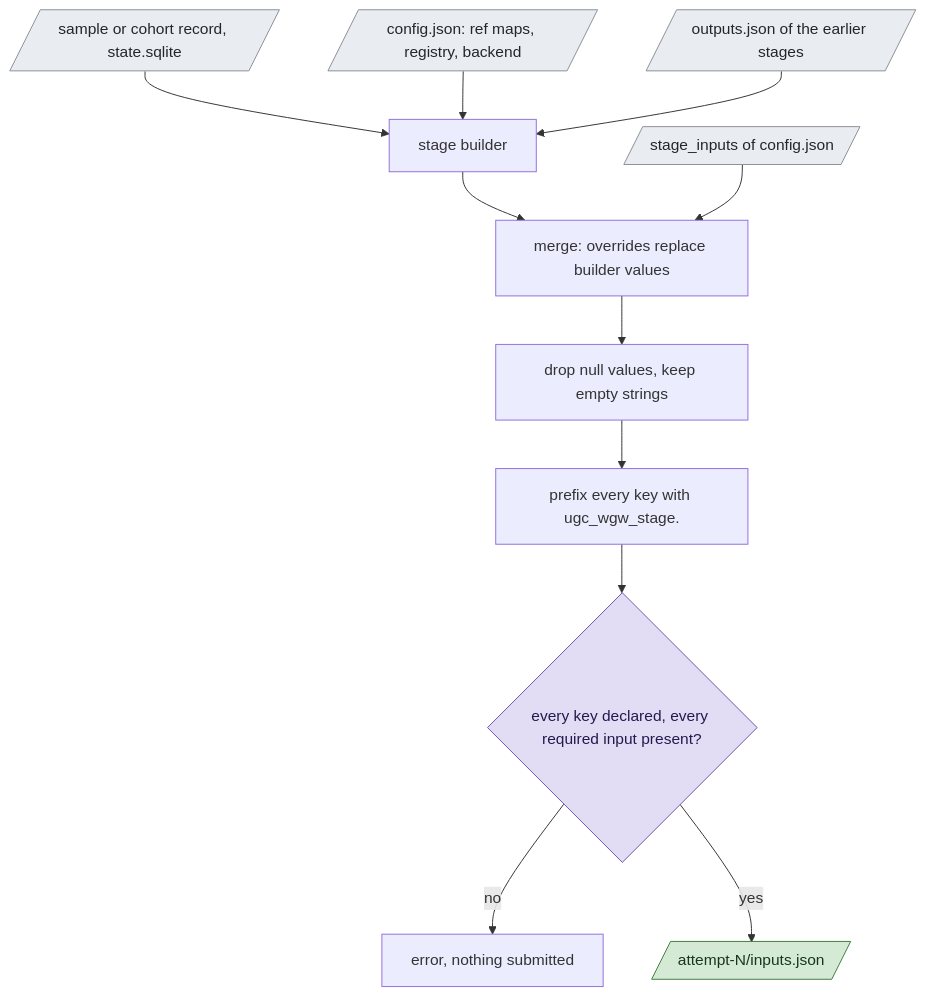
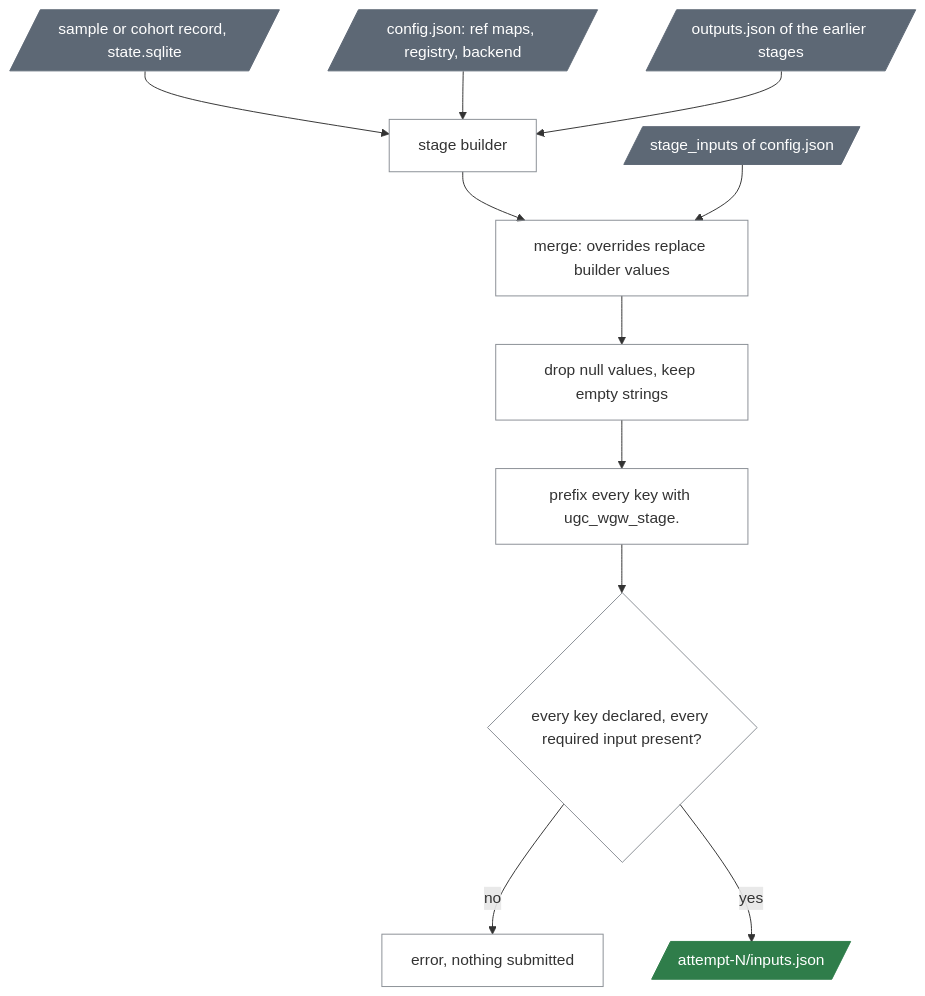
Before and after one commit to UppsalaGenomeCenter/ugc-wgw: the first of 2 diagrams in docs/guide/05-project-setup.md, drawn with Mermaid. The commit also changed other lines of this file and 51 other files, not shown here.

````diff
--- a/docs/guide/05-project-setup.md
+++ b/docs/guide/05-project-setup.md
@@ -198,16 +198,17 @@
 ```mermaid
 flowchart TD
   sample[/"sample or cohort record, state.sqlite"/]:::data --> b["stage builder"]
   cfg[/"config.json: ref maps, registry, backend"/]:::data --> b
   prior[/"outputs.json of the earlier stages"/]:::data --> b
   b --> merge["merge: overrides replace builder values"]
   ov[/"stage_inputs of config.json"/]:::data --> merge
   merge --> drop["drop null values, keep empty strings"]
   drop --> ns["prefix every key with ugc_wgw_stage."]
   ns --> chk{"every key declared, every required input present?"}:::decision
   chk -->|"no"| err["error, nothing submitted"]
   chk -->|"yes"| file[/"attempt-N/inputs.json"/]:::result
-  classDef data fill:#e9edf1,stroke:#8a8f95,color:#22272e
-  classDef result fill:#d5ead4,stroke:#3f7d3c,color:#17361a
-  classDef decision fill:#e3dcf5,stroke:#6b56b0,color:#241a4d
+  classDef default fill:none,stroke:#8a8f95
+  classDef data fill:#5d6875,stroke:#5d6875,color:#ffffff
+  classDef result fill:#2f7d4a,stroke:#2f7d4a,color:#ffffff
+  classDef decision fill:none,stroke:#8a8f95
 ```
````
